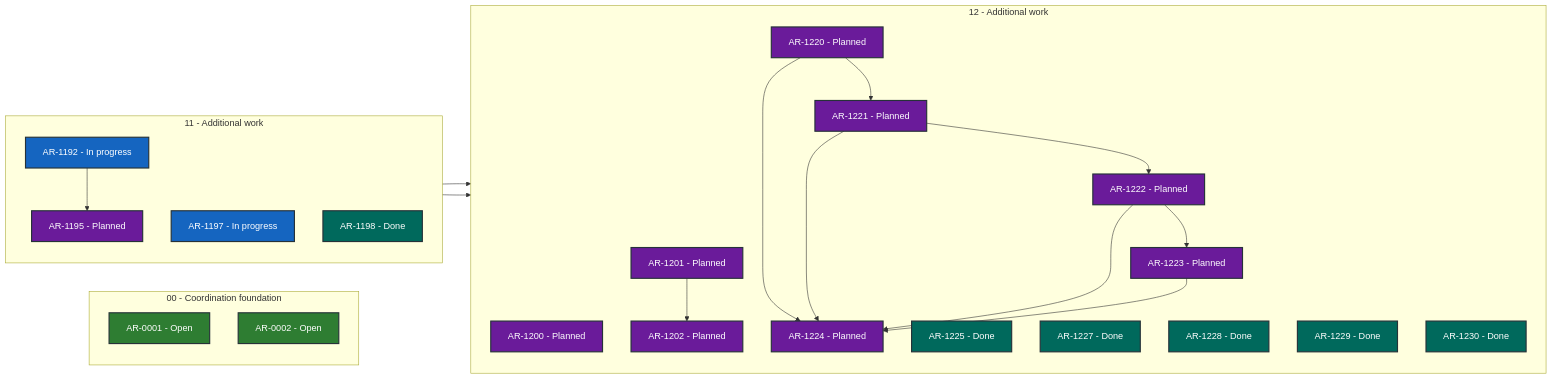
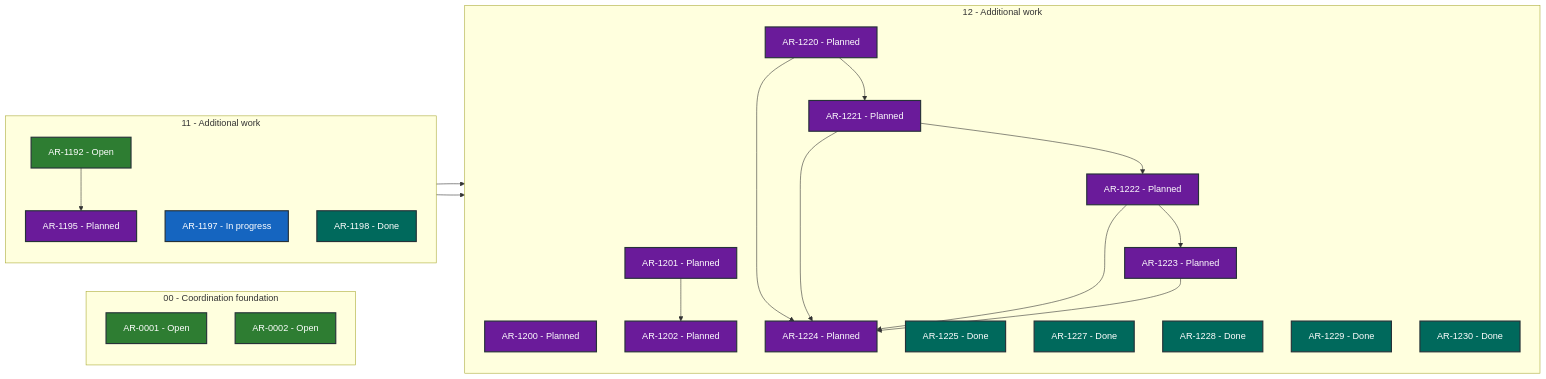
The diagram in STATUS.md (martin-beck/asb-tui-state), drawn with Mermaid before and after one commit. The commit also changed other lines of this file and 2 other files, not shown here.

````diff
--- a/STATUS.md
+++ b/STATUS.md
@@ -27,50 +27,50 @@
 ```mermaid
 flowchart LR
     subgraph series_00["00 - Coordination foundation"]
         direction TB
         AR_0001["AR-0001 - Open"]:::status_open
         AR_0002["AR-0002 - Open"]:::status_open
     end
     subgraph series_11["11 - Additional work"]
         direction TB
-        AR_1192["AR-1192 - In progress"]:::status_in_progress
+        AR_1192["AR-1192 - Open"]:::status_open
         AR_1195["AR-1195 - Planned"]:::status_planned
         AR_1197["AR-1197 - In progress"]:::status_in_progress
         AR_1198["AR-1198 - Done"]:::status_done
     end
     subgraph series_12["12 - Additional work"]
         direction TB
         AR_1200["AR-1200 - Planned"]:::status_planned
         AR_1201["AR-1201 - Planned"]:::status_planned
         AR_1202["AR-1202 - Planned"]:::status_planned
         AR_1220["AR-1220 - Planned"]:::status_planned
         AR_1221["AR-1221 - Planned"]:::status_planned
         AR_1222["AR-1222 - Planned"]:::status_planned
         AR_1223["AR-1223 - Planned"]:::status_planned
         AR_1224["AR-1224 - Planned"]:::status_planned
         AR_1225["AR-1225 - Done"]:::status_done
         AR_1227["AR-1227 - Done"]:::status_done
         AR_1228["AR-1228 - Done"]:::status_done
         AR_1229["AR-1229 - Done"]:::status_done
         AR_1230["AR-1230 - Done"]:::status_done
     end
     AR_1192 --> AR_1195
     AR_1195 --> AR_1200
     AR_1197 --> AR_1201
     AR_1201 --> AR_1202
     AR_1220 --> AR_1221
     AR_1220 --> AR_1224
     AR_1221 --> AR_1222
     AR_1221 --> AR_1224
     AR_1222 --> AR_1223
     AR_1222 --> AR_1224
     AR_1223 --> AR_1224
     classDef status_in_progress fill:#1565c0,color:#ffffff,stroke:#263238,stroke-width:2px
     classDef status_open fill:#2e7d32,color:#ffffff,stroke:#263238,stroke-width:2px
     classDef status_blocked fill:#c62828,color:#ffffff,stroke:#263238,stroke-width:2px
     classDef status_planned fill:#6a1b9a,color:#ffffff,stroke:#263238,stroke-width:2px
     classDef status_future fill:#455a64,color:#ffffff,stroke:#263238,stroke-width:2px
     classDef status_done fill:#00695c,color:#ffffff,stroke:#263238,stroke-width:2px
     classDef status_cancelled fill:#616161,color:#ffffff,stroke:#263238,stroke-width:2px
     classDef status_superseded fill:#5d4037,color:#ffffff,stroke:#263238,stroke-width:2px
 ```
````
